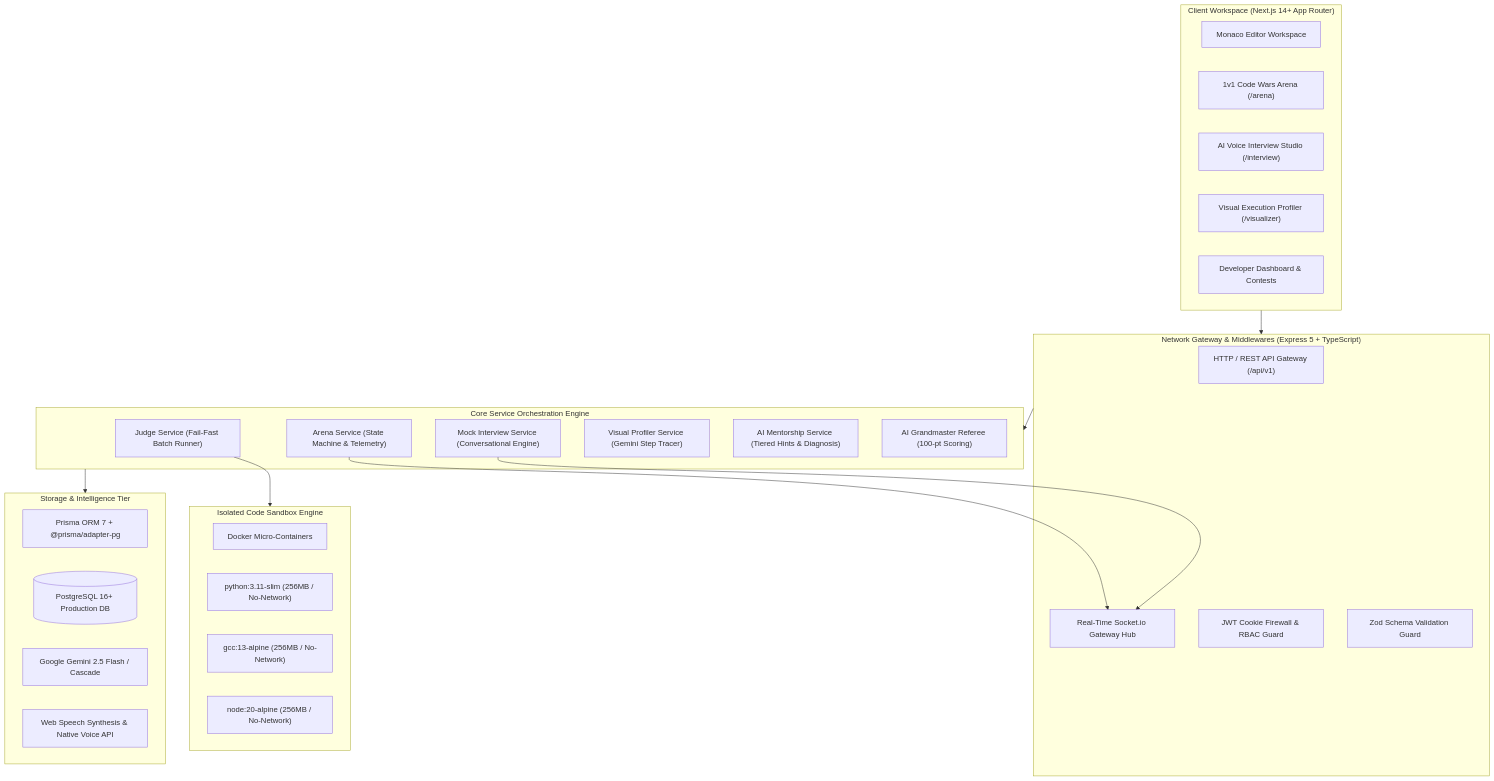
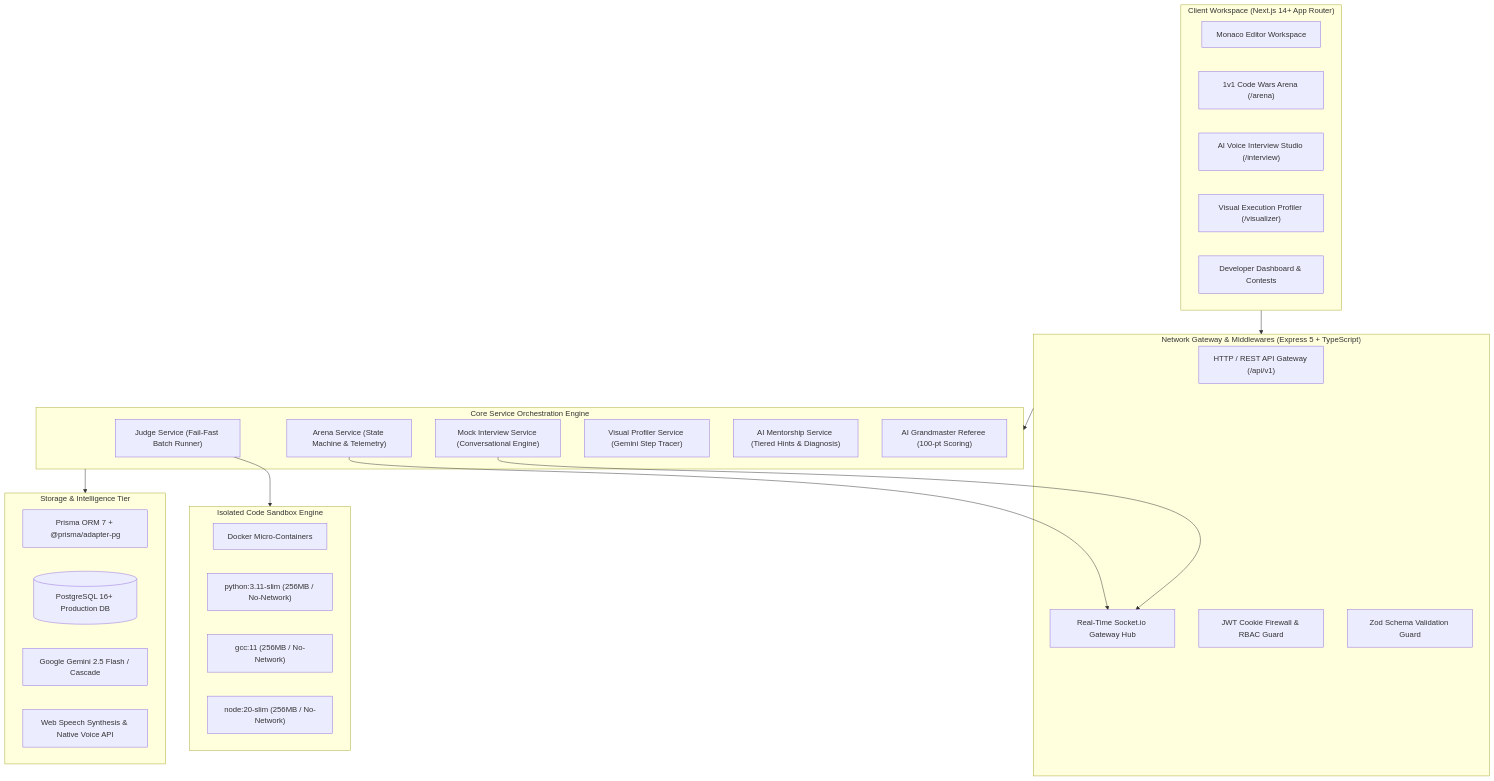
The first of 5 diagrams in docs/architecture.md (bharadwaj0077/AI-Online-Judge), drawn with Mermaid before and after one commit. The commit also changed 3 other files, not shown here.

Commit message:
fix(aws): update docker compiler image tags to gcc:11 and node:20-slim in aws-setup.sh and docs

````diff
--- a/docs/architecture.md
+++ b/docs/architecture.md
@@ -11,47 +11,47 @@
 ```mermaid
 flowchart TB
     subgraph ClientLayer ["Client Workspace (Next.js 14+ App Router)"]
         UI["Monaco Editor Workspace"]
         ArenaUI["1v1 Code Wars Arena (/arena)"]
         InterviewUI["AI Voice Interview Studio (/interview)"]
         ProfilerUI["Visual Execution Profiler (/visualizer)"]
         DashboardUI["Developer Dashboard & Contests"]
     end
 
     subgraph GatewayLayer ["Network Gateway & Middlewares (Express 5 + TypeScript)"]
         ReverseProxy["HTTP / REST API Gateway (/api/v1)"]
         SocketHub["Real-Time Socket.io Gateway Hub"]
         AuthShield["JWT Cookie Firewall & RBAC Guard"]
         ZodGuard["Zod Schema Validation Guard"]
     end
 
     subgraph ServiceLayer ["Core Service Orchestration Engine"]
         JudgeSvc["Judge Service (Fail-Fast Batch Runner)"]
         ArenaSvc["Arena Service (State Machine & Telemetry)"]
         InterviewSvc["Mock Interview Service (Conversational Engine)"]
         ProfilerSvc["Visual Profiler Service (Gemini Step Tracer)"]
         AiMentorshipSvc["AI Mentorship Service (Tiered Hints & Diagnosis)"]
         RefereeSvc["AI Grandmaster Referee (100-pt Scoring)"]
     end
 
     subgraph ExecutionLayer ["Isolated Code Sandbox Engine"]
         DockerHost["Docker Micro-Containers"]
         PyRunner["python:3.11-slim (256MB / No-Network)"]
-        CppRunner["gcc:13-alpine (256MB / No-Network)"]
-        NodeRunner["node:20-alpine (256MB / No-Network)"]
+        CppRunner["gcc:11 (256MB / No-Network)"]
+        NodeRunner["node:20-slim (256MB / No-Network)"]
     end
 
     subgraph PersistenceLayer ["Storage & Intelligence Tier"]
         Prisma["Prisma ORM 7 + @prisma/adapter-pg"]
         Postgres[("PostgreSQL 16+ Production DB")]
         GeminiCascade["Google Gemini 2.5 Flash / Cascade"]
         TTS["Web Speech Synthesis & Native Voice API"]
     end
 
     ClientLayer --> GatewayLayer
     GatewayLayer --> ServiceLayer
     JudgeSvc --> ExecutionLayer
     ServiceLayer --> PersistenceLayer
     ArenaSvc --> SocketHub
     InterviewSvc --> SocketHub
 ```
````
